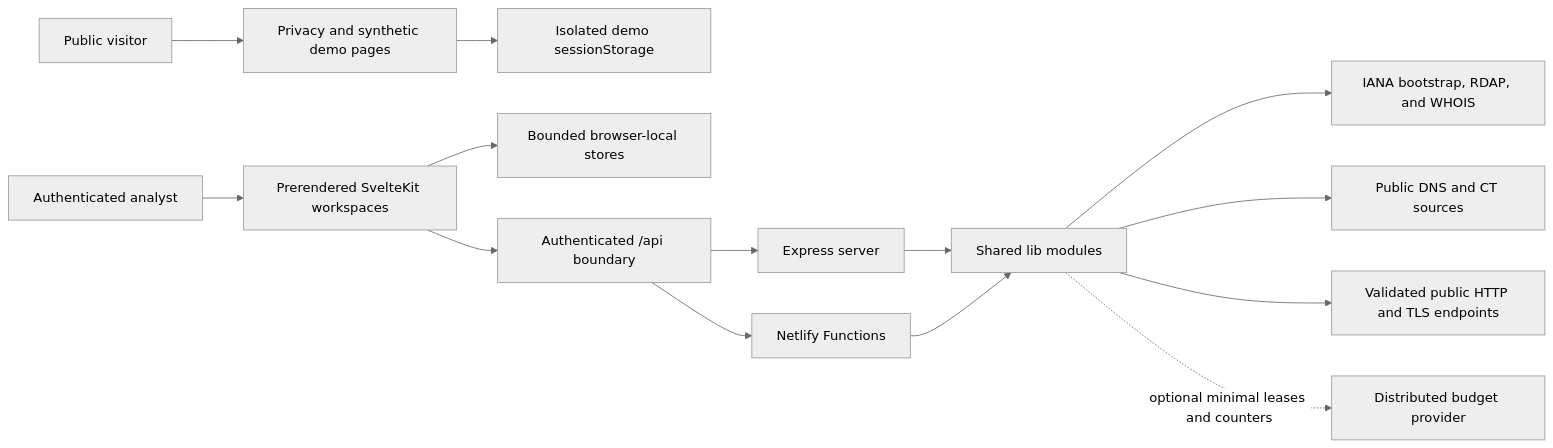
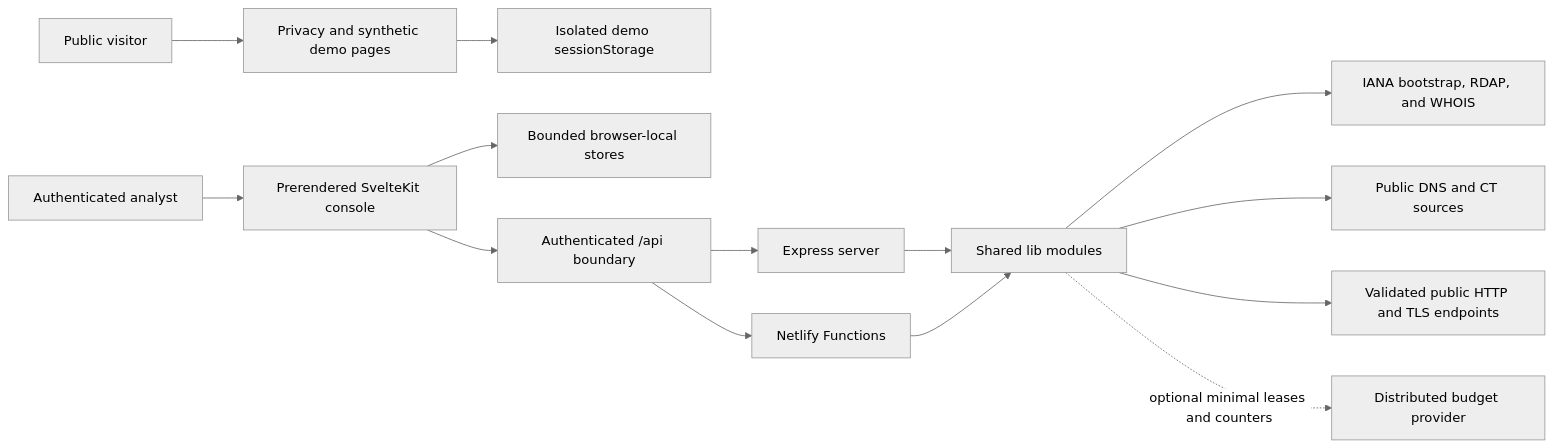
One commit to slicedearth/whoisleuth changed the first of 3 diagrams in docs/architecture.md. Above: the diagram before and after it, drawn with Mermaid (neutral theme). The commit also changed other lines of this file and 40 other files, not shown here.

````diff
--- a/docs/architecture.md
+++ b/docs/architecture.md
@@ -17,19 +17,19 @@
 ```mermaid
 flowchart LR
   visitor["Public visitor"] --> public["Privacy and synthetic demo pages"]
-  analyst["Authenticated analyst"] --> ui["Prerendered SvelteKit workspaces"]
+  analyst["Authenticated analyst"] --> ui["Prerendered SvelteKit console"]
 
   public --> tab["Isolated demo sessionStorage"]
   ui --> local["Bounded browser-local stores"]
   ui --> api["Authenticated /api boundary"]
 
   api --> express["Express server"]
   api --> functions["Netlify Functions"]
   express --> shared["Shared lib modules"]
   functions --> shared
 
   shared --> registry["IANA bootstrap, RDAP, and WHOIS"]
   shared --> dns["Public DNS and CT sources"]
   shared --> web["Validated public HTTP and TLS endpoints"]
   shared -. "optional minimal leases and counters" .-> budget["Distributed budget provider"]
 ```
````
